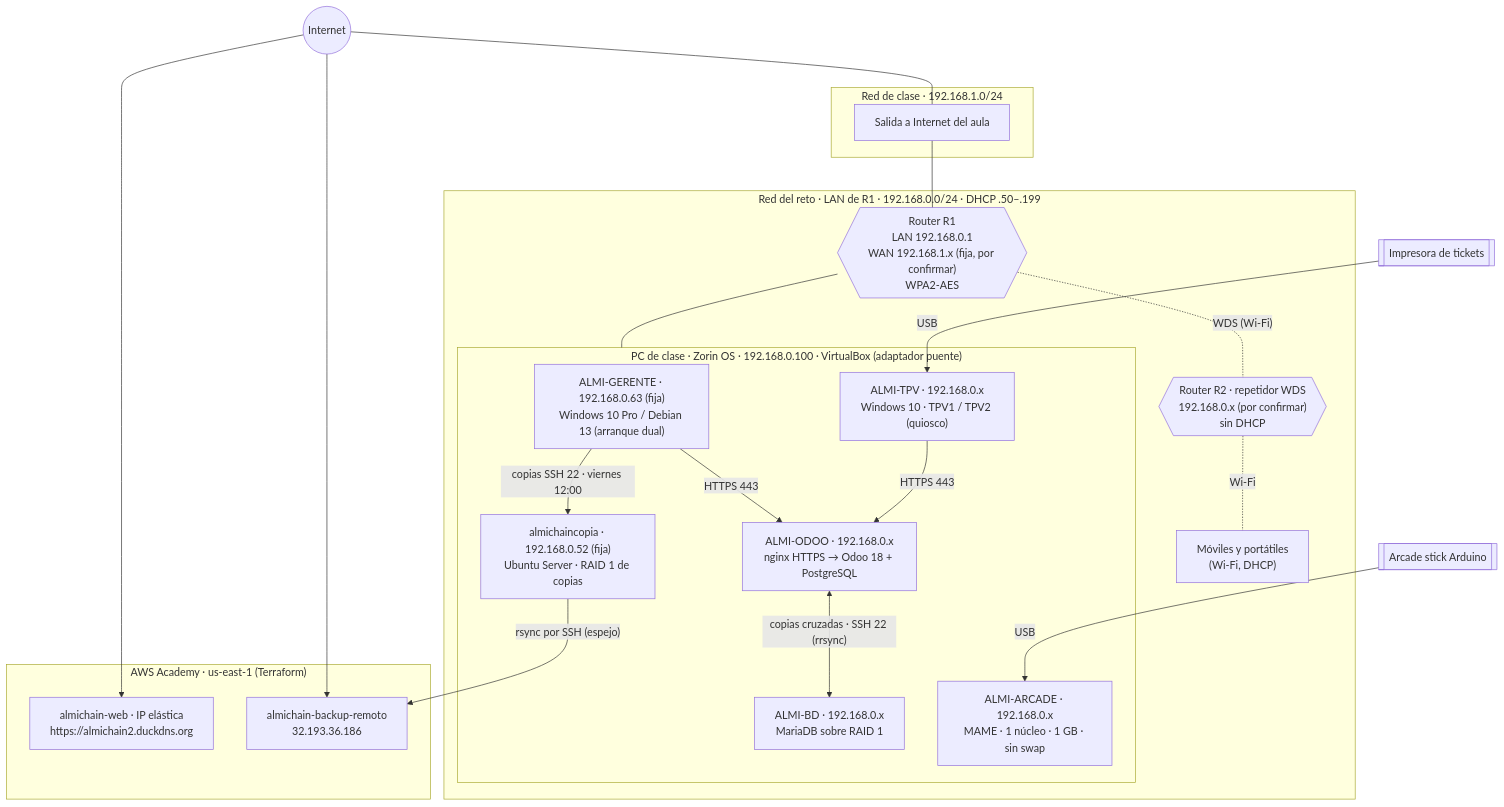
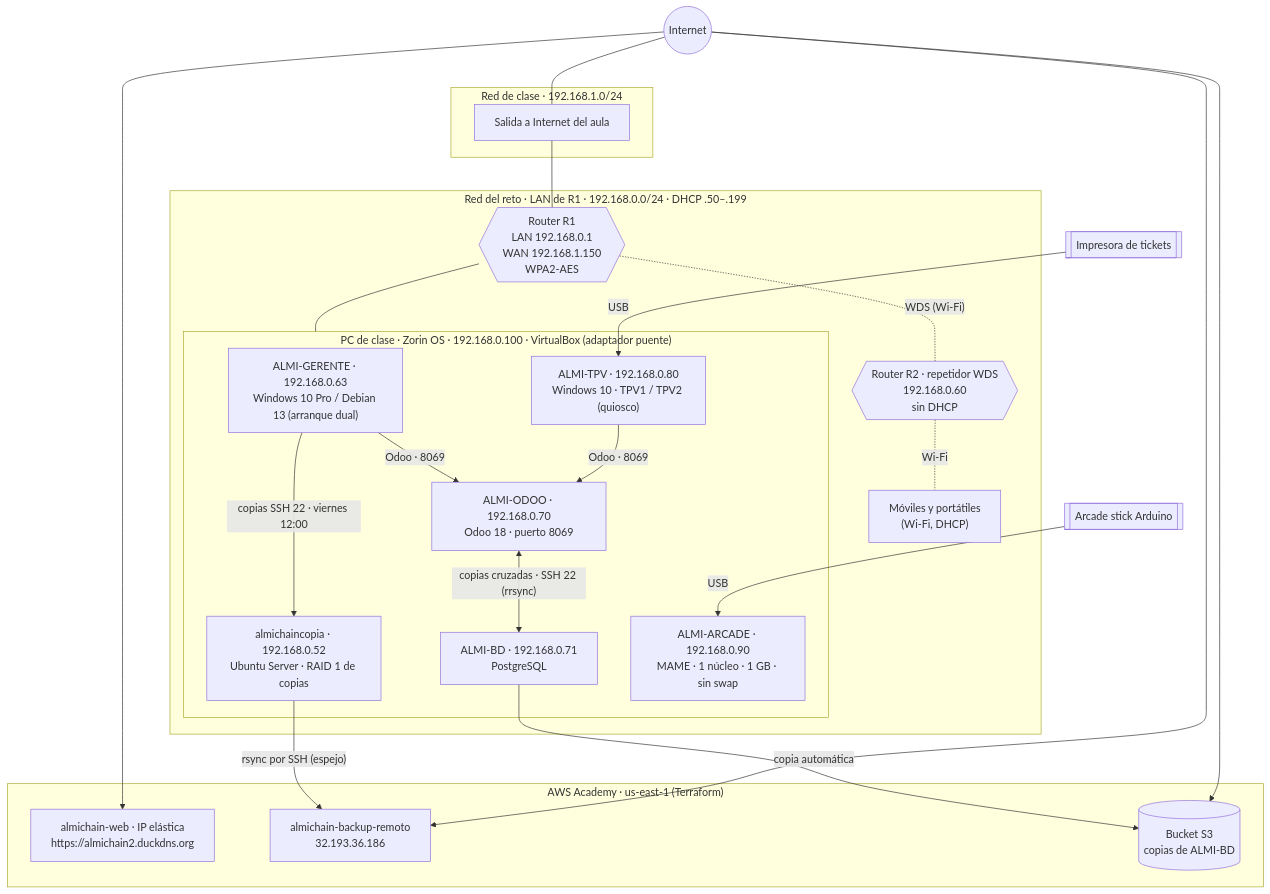
One commit to krako829/almichain-reto1 changed the diagram in diagramas/arquitectura-global.mmd. Above: the diagram before and after it, drawn with Mermaid. The commit also changed 2 other files, not shown here.

Commit message:
Red del reto: IP de todas las máquinas, ALMI-BD con PostgreSQL y copia a S3, Odoo por el 8069
Claude-Session: https://claude.ai/code/session_01GWPzcnHEqT1AUZFYVaQ4SE

```diff
--- a/diagramas/arquitectura-global.mmd
+++ b/diagramas/arquitectura-global.mmd
@@ -1,35 +1,38 @@
 flowchart TB
   INET(("Internet"))
   subgraph CLASE["Red de clase · 192.168.1.0/24"]
     GWC["Salida a Internet del aula"]
   end
   subgraph LAN["Red del reto · LAN de R1 · 192.168.0.0/24 · DHCP .50–.199"]
-    R1{{"Router R1<br/>LAN 192.168.0.1<br/>WAN 192.168.1.x (fija, por confirmar)<br/>WPA2-AES"}}
-    R2{{"Router R2 · repetidor WDS<br/>192.168.0.x (por confirmar)<br/>sin DHCP"}}
+    R1{{"Router R1<br/>LAN 192.168.0.1<br/>WAN 192.168.1.150<br/>WPA2-AES"}}
+    R2{{"Router R2 · repetidor WDS<br/>192.168.0.60<br/>sin DHCP"}}
     subgraph PCC["PC de clase · Zorin OS · 192.168.0.100 · VirtualBox (adaptador puente)"]
-      GER["ALMI-GERENTE · 192.168.0.63 (fija)<br/>Windows 10 Pro / Debian 13 (arranque dual)"]
-      COP["almichaincopia · 192.168.0.52 (fija)<br/>Ubuntu Server · RAID 1 de copias"]
-      TPV["ALMI-TPV · 192.168.0.x<br/>Windows 10 · TPV1 / TPV2 (quiosco)"]
-      ODOO["ALMI-ODOO · 192.168.0.x<br/>nginx HTTPS → Odoo 18 + PostgreSQL"]
-      BD["ALMI-BD · 192.168.0.x<br/>MariaDB sobre RAID 1"]
-      ARC["ALMI-ARCADE · 192.168.0.x<br/>MAME · 1 núcleo · 1 GB · sin swap"]
+      GER["ALMI-GERENTE · 192.168.0.63<br/>Windows 10 Pro / Debian 13 (arranque dual)"]
+      COP["almichaincopia · 192.168.0.52<br/>Ubuntu Server · RAID 1 de copias"]
+      TPV["ALMI-TPV · 192.168.0.80<br/>Windows 10 · TPV1 / TPV2 (quiosco)"]
+      ODOO["ALMI-ODOO · 192.168.0.70<br/>Odoo 18 · puerto 8069"]
+      BD["ALMI-BD · 192.168.0.71<br/>PostgreSQL"]
+      ARC["ALMI-ARCADE · 192.168.0.90<br/>MAME · 1 núcleo · 1 GB · sin swap"]
     end
     MOV["Móviles y portátiles<br/>(Wi-Fi, DHCP)"]
   end
   subgraph AWS["AWS Academy · us-east-1 (Terraform)"]
     WEB["almichain-web · IP elástica<br/>https://almichain2.duckdns.org"]
     REM["almichain-backup-remoto<br/>32.193.36.186"]
+    S3[("Bucket S3<br/>copias de ALMI-BD")]
   end
   IMP[["Impresora de tickets"]] -- USB --> TPV
   STK[["Arcade stick Arduino"]] -- USB --> ARC
   INET --- GWC --- R1
   R1 -. "WDS (Wi-Fi)" .- R2
   R2 -. Wi-Fi .- MOV
   R1 --- PCC
-  GER -- "HTTPS 443" --> ODOO
-  TPV -- "HTTPS 443" --> ODOO
+  GER -- "Odoo · 8069" --> ODOO
+  TPV -- "Odoo · 8069" --> ODOO
   ODOO <-- "copias cruzadas · SSH 22 (rrsync)" --> BD
+  BD -- "copia automática" --> S3
   GER -- "copias SSH 22 · viernes 12:00" --> COP
   COP -- "rsync por SSH (espejo)" --> REM
   INET --> WEB
   INET --> REM
+  INET --> S3
```
